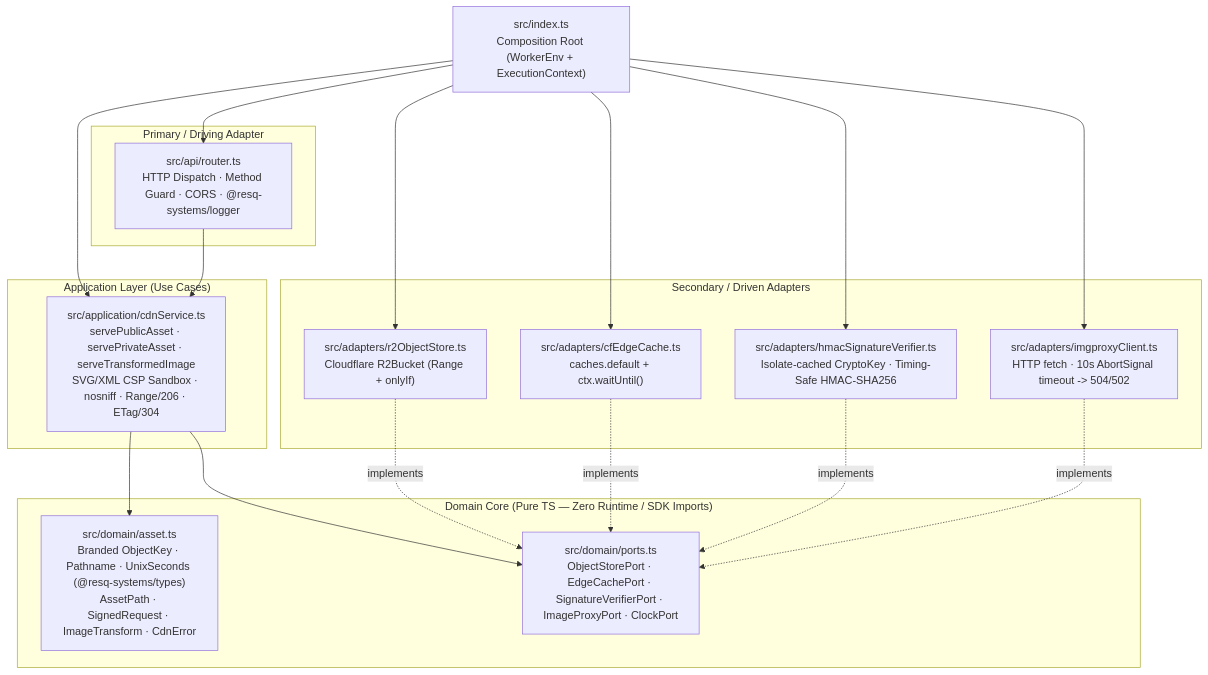
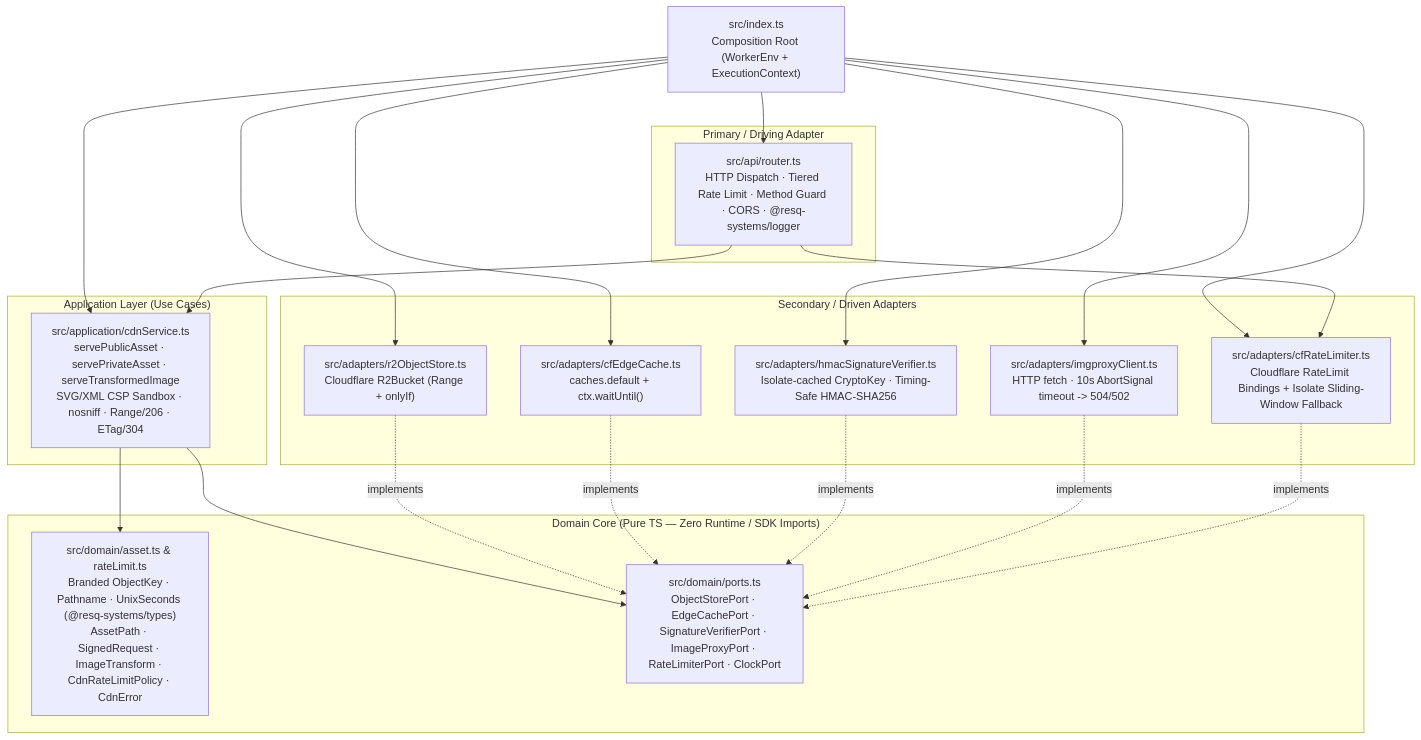
The second of 4 diagrams in README.md (WomB0ComB0/cdn), drawn with Mermaid before and after one commit. The commit also changed other lines of this file, not shown here.

Commit message:
docs(readme): document hexagonal edge rate limiter, zizmor hardening & SemVer releases

````diff
--- a/README.md
+++ b/README.md
@@ -49,32 +53,34 @@
 ```mermaid
 flowchart TB
     Entry["src/index.ts\nComposition Root (WorkerEnv + ExecutionContext)"]
 
     subgraph Primary["Primary / Driving Adapter"]
-        Router["src/api/router.ts\nHTTP Dispatch · Method Guard · CORS · @resq-systems/logger"]
+        Router["src/api/router.ts\nHTTP Dispatch · Tiered Rate Limit · Method Guard · CORS · @resq-systems/logger"]
     end
 
     subgraph App["Application Layer (Use Cases)"]
         Service["src/application/cdnService.ts\nservePublicAsset · servePrivateAsset · serveTransformedImage\nSVG/XML CSP Sandbox · nosniff · Range/206 · ETag/304"]
     end
 
     subgraph Domain["Domain Core (Pure TS — Zero Runtime / SDK Imports)"]
-        Models["src/domain/asset.ts\nBranded ObjectKey · Pathname · UnixSeconds (@resq-systems/types)\nAssetPath · SignedRequest · ImageTransform · CdnError"]
-        Ports["src/domain/ports.ts\nObjectStorePort · EdgeCachePort · SignatureVerifierPort · ImageProxyPort · ClockPort"]
+        Models["src/domain/asset.ts & rateLimit.ts\nBranded ObjectKey · Pathname · UnixSeconds (@resq-systems/types)\nAssetPath · SignedRequest · ImageTransform · CdnRateLimitPolicy · CdnError"]
+        Ports["src/domain/ports.ts\nObjectStorePort · EdgeCachePort · SignatureVerifierPort · ImageProxyPort · RateLimiterPort · ClockPort"]
     end
 
     subgraph Secondary["Secondary / Driven Adapters"]
         R2Adapter["src/adapters/r2ObjectStore.ts\nCloudflare R2Bucket (Range + onlyIf)"]
         CacheAdapter["src/adapters/cfEdgeCache.ts\ncaches.default + ctx.waitUntil()"]
         HmacAdapter["src/adapters/hmacSignatureVerifier.ts\nIsolate-cached CryptoKey · Timing-Safe HMAC-SHA256"]
         ImgAdapter["src/adapters/imgproxyClient.ts\nHTTP fetch · 10s AbortSignal timeout -> 504/502"]
+        RlAdapter["src/adapters/cfRateLimiter.ts\nCloudflare RateLimit Bindings + Isolate Sliding-Window Fallback"]
     end
 
-    Entry --> Router & Service & R2Adapter & CacheAdapter & HmacAdapter & ImgAdapter
-    Router --> Service
+    Entry --> Router & Service & R2Adapter & CacheAdapter & HmacAdapter & ImgAdapter & RlAdapter
+    Router --> Service & RlAdapter
     Service --> Models & Ports
     R2Adapter -.->|"implements"| Ports
     CacheAdapter -.->|"implements"| Ports
     HmacAdapter -.->|"implements"| Ports
     ImgAdapter -.->|"implements"| Ports
+    RlAdapter -.->|"implements"| Ports
 ```
````
